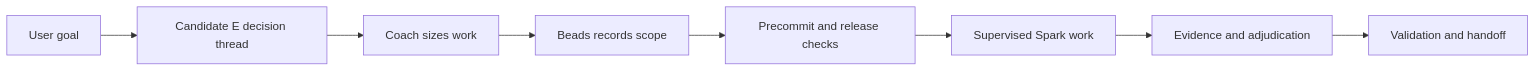
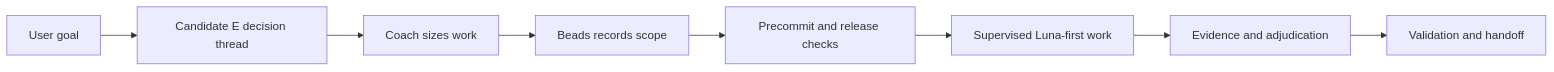
Before and after one commit to gprocunier/complex-work-orchestration: the second of 2 diagrams in README.md, drawn with Mermaid. The commit also changed other lines of this file and 178 other files, not shown here.

First line of the commit message:
feat: complete Luna-first routing and supervised maintenance

````diff
--- a/README.md
+++ b/README.md
@@ -207,10 +209,10 @@
 ```mermaid
 flowchart LR
     U[User goal] --> E[Candidate E decision thread]
     E --> C[Coach sizes work]
     C --> B[Beads records scope]
     B --> P[Precommit and release checks]
-    P --> S[Supervised Spark work]
+    P --> S[Supervised Luna-first work]
     S --> A[Evidence and adjudication]
     A --> V[Validation and handoff]
 ```
````
